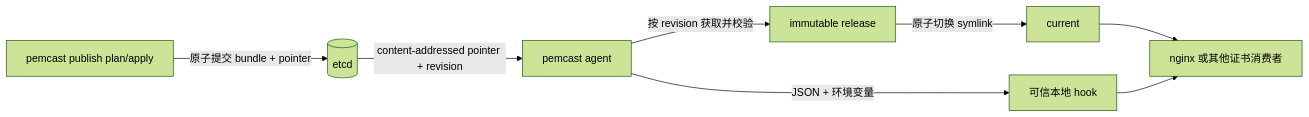
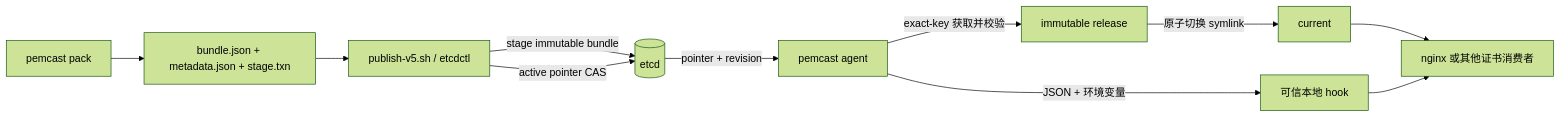
One commit to lwmacct/260907-pemcast changed the diagram in README.md. Above: the diagram before and after it, drawn with Mermaid (forest theme). The commit also changed other lines of this file and 27 other files, not shown here.

Commit message:
refactor: publish v5 staged bundles with etcdctl

````diff
--- a/README.md
+++ b/README.md
@@ -5,10 +5,13 @@
 ```mermaid
 flowchart LR
-    publisher["pemcast publish plan/apply"] -->|"原子提交 bundle + pointer"| etcd[("etcd")]
-    etcd -->|"content-addressed pointer + revision"| agent["pemcast agent"]
-    agent -->|"按 revision 获取并校验"| release["immutable release"]
+    pack["pemcast pack"] --> artifacts["bundle.json + metadata.json + stage.txn"]
+    artifacts --> etcdctl["publish-v5.sh / etcdctl"]
+    etcdctl -->|"stage immutable bundle"| etcd[("etcd")]
+    etcdctl -->|"active pointer CAS"| etcd
+    etcd -->|"pointer + revision"| agent["pemcast agent"]
+    agent -->|"exact-key 获取并校验"| release["immutable release"]
     release -->|"原子切换 symlink"| current["current"]
     current --> app["nginx 或其他证书消费者"]
     agent -->|"JSON + 环境变量"| hook["可信本地 hook"]
     hook --> app
 ```
````
